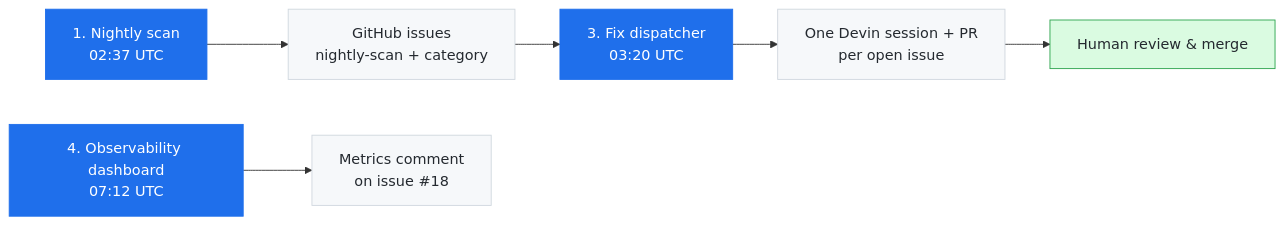
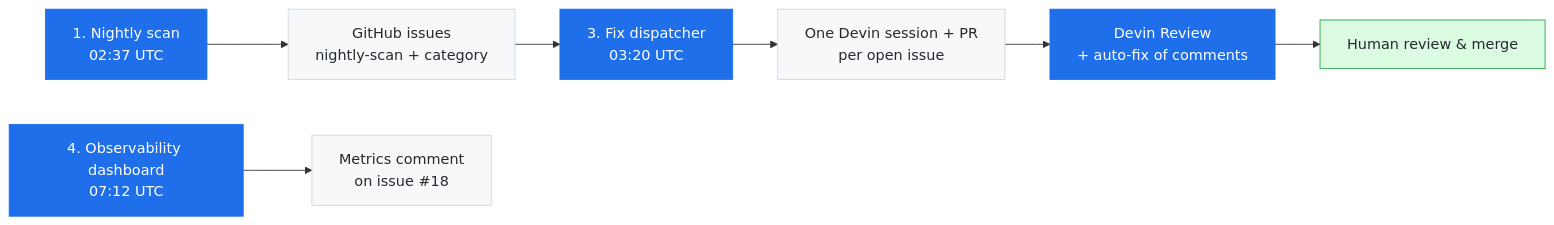
One commit to moliyadhaval/superset changed the diagram in automation/README.md. Above: the diagram before and after it, drawn with Mermaid. The commit also changed other lines of this file, not shown here.

Commit message:
docs(automation): add Devin Review + comment auto-fix step to pipeline diagram

````diff
--- a/automation/README.md
+++ b/automation/README.md
@@ -30,17 +30,18 @@
 ```mermaid
 flowchart LR
     classDef job fill:#1f6feb,stroke:#1f6feb,color:#fff
     classDef out fill:#f6f8fa,stroke:#d0d7de,color:#24292f
     classDef human fill:#dafbe1,stroke:#2da44e,color:#24292f
 
     scan["1. Nightly scan<br/>02:37 UTC"]:::job
     issues["GitHub issues<br/>nightly-scan + category"]:::out
     dispatch["3. Fix dispatcher<br/>03:20 UTC"]:::job
     pr["One Devin session + PR<br/>per open issue"]:::out
+    devreview["Devin Review<br/>+ auto-fix of comments"]:::job
     review["Human review & merge"]:::human
     dash["4. Observability dashboard<br/>07:12 UTC"]:::job
     comment["Metrics comment<br/>on issue #18"]:::out
 
-    scan --> issues --> dispatch --> pr --> review
+    scan --> issues --> dispatch --> pr --> devreview --> review
     dash --> comment
 ```
````
